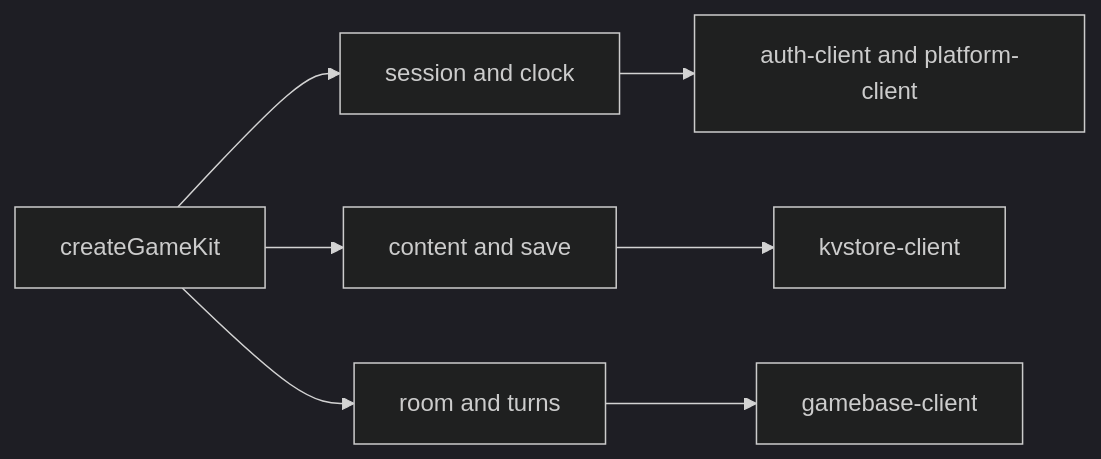
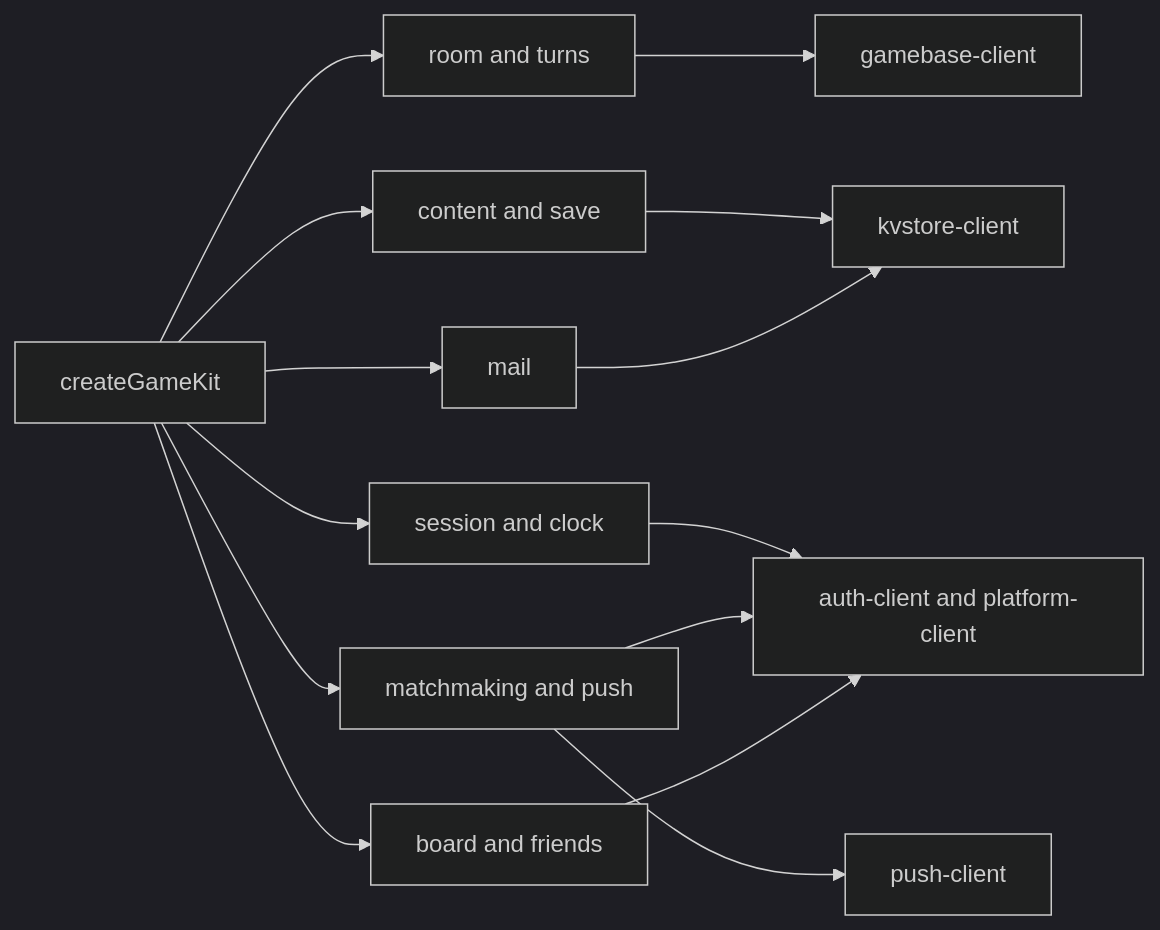
The diagram in packages/game-kit/README.md (yingyeothon/tslib), drawn with Mermaid (dark theme) before and after one commit. The commit also changed other lines of this file and 37 other files, not shown here.

Commit message:
Complete game kit boards mail friends matchmaking and push

````diff
--- a/packages/game-kit/README.md
+++ b/packages/game-kit/README.md
@@ -8,9 +8,16 @@
 ```mermaid
 flowchart LR
   K[createGameKit] --> S[session and clock]
   K --> D[content and save]
   K --> R[room and turns]
+  K --> B[board and friends]
+  K --> M[mail]
+  K --> P[matchmaking and push]
+  B --> W
+  M --> KV
+  P --> W
+  P --> PC[push-client]
   S --> W[auth-client and platform-client]
   D --> KV[kvstore-client]
   R --> GW[gamebase-client]
 ```
````
